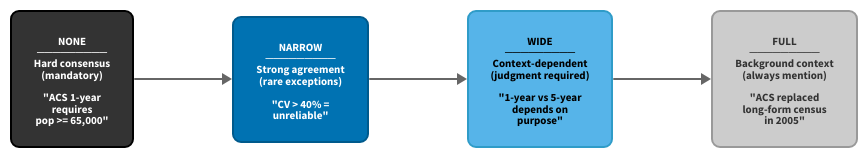
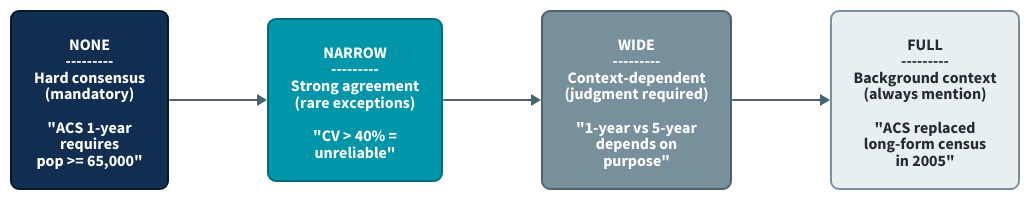
The diagram in paper/assets/diagrams/F4_latitude_model.d2 (brockwebb/open-census-mcp-server), drawn with D2 before and after one commit. The commit also changed 14 other files, not shown here.

First line of the commit message:
style: update all figures/diagrams to Census xdgov palette, 508 compliance

```diff
--- a/paper/assets/diagrams/F4_latitude_model.d2
+++ b/paper/assets/diagrams/F4_latitude_model.d2
@@ -1,43 +1,49 @@
 ##################################################
 # F4: Latitude Model
-# Four-level calibrated uncertainty scale with Census examples
+# Four-level calibrated uncertainty scale
+# Palette: Census xdgov Data Design Standards
+# Dark-to-light progression: none (most constrained) -> full (least)
 ##################################################
 
 direction: right
 
-none: "NONE\n─────────\nHard consensus\n(mandatory)\n\n\"ACS 1-year\nrequires\npop >= 65,000\"" {
-  style.fill: "#333333"
+none: "NONE\n---------\nHard consensus\n(mandatory)\n\n\"ACS 1-year\nrequires\npop >= 65,000\"" {
+  style.fill: "#112E51"
   style.font-color: "#FFFFFF"
-  style.stroke: "#000000"
+  style.stroke: "#081627"
+  style.stroke-width: 2
   style.border-radius: 8
-  style.font-size: 11
+  style.font-size: 16
 }
 
-narrow: "NARROW\n─────────\nStrong agreement\n(rare exceptions)\n\n\"CV > 40% =\nunreliable\"" {
-  style.fill: "#0072B2"
+narrow: "NARROW\n---------\nStrong agreement\n(rare exceptions)\n\n\"CV > 40% =\nunreliable\"" {
+  style.fill: "#0095A8"
   style.font-color: "#FFFFFF"
-  style.stroke: "#005A8C"
+  style.stroke: "#006C7A"
+  style.stroke-width: 2
   style.border-radius: 8
-  style.font-size: 11
+  style.font-size: 16
 }
 
-wide: "WIDE\n─────────\nContext-dependent\n(judgment required)\n\n\"1-year vs 5-year\ndepends on\npurpose\"" {
-  style.fill: "#56B4E9"
-  style.font-color: "#000000"
-  style.stroke: "#2F9CC8"
+wide: "WIDE\n---------\nContext-dependent\n(judgment required)\n\n\"1-year vs 5-year\ndepends on\npurpose\"" {
+  style.fill: "#78909C"
+  style.font-color: "#FFFFFF"
+  style.stroke: "#4B636E"
+  style.stroke-width: 2
   style.border-radius: 8
-  style.font-size: 11
+  style.font-size: 16
 }
 
-full: "FULL\n─────────\nBackground context\n(always mention)\n\n\"ACS replaced\nlong-form census\nin 2005\"" {
-  style.fill: "#CCCCCC"
-  style.font-color: "#333333"
-  style.stroke: "#999999"
+full: "FULL\n---------\nBackground context\n(always mention)\n\n\"ACS replaced\nlong-form census\nin 2005\"" {
+  style.fill: "#E8EFF2"
+  style.font-color: "#222C31"
+  style.stroke: "#78909C"
+  style.stroke-width: 2
   style.border-radius: 8
-  style.font-size: 11
+  style.font-size: 16
 }
 
 none -> narrow -> wide -> full: "" {
-  style.stroke: "#666666"
+  style.stroke: "#4B636E"
   style.stroke-width: 2
 }
```
